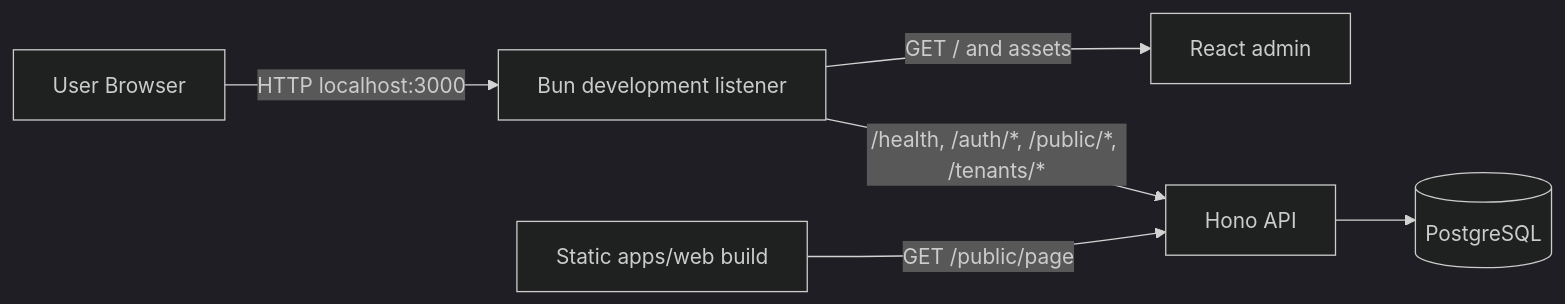
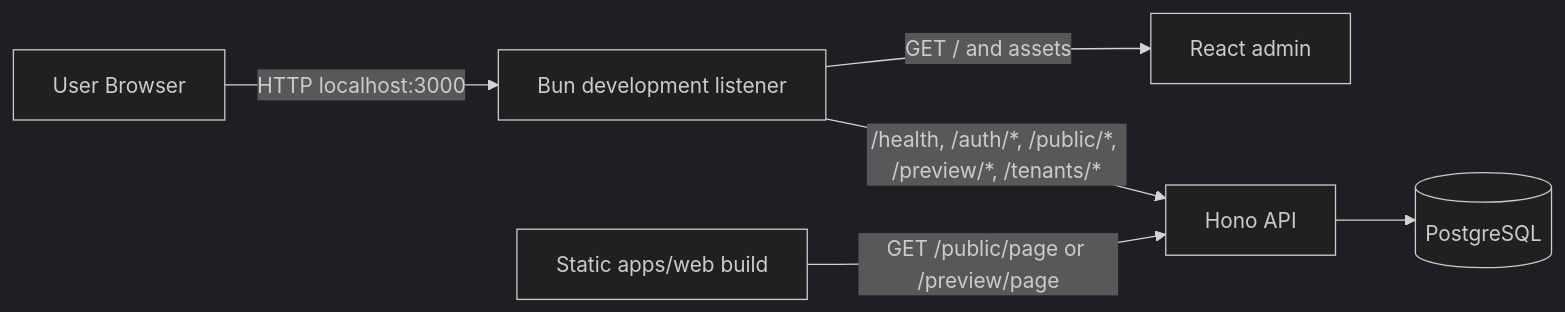
The first of 4 diagrams in docs/ARCHITECTURE.md (progentic/behr), drawn with Mermaid (dark theme) before and after one commit. The commit also changed other lines of this file and 27 other files, not shown here.

````diff
--- a/docs/ARCHITECTURE.md
+++ b/docs/ARCHITECTURE.md
@@ -42,11 +42,11 @@
 ```mermaid
 flowchart LR
 
     Browser[User Browser]
 
     Browser -->|HTTP localhost:3000| Dev[Bun development listener]
     Dev -->|GET / and assets| AdminApp[React admin]
-    Dev -->|/health, /auth/*, /public/*, /tenants/*| API[Hono API]
-    PublicApp[Static apps/web build] -->|GET /public/page| API
+    Dev -->|/health, /auth/*, /public/*, /preview/*, /tenants/*| API[Hono API]
+    PublicApp[Static apps/web build] -->|GET /public/page or /preview/page| API
     API --> Postgres[(PostgreSQL)]
 ```
````
